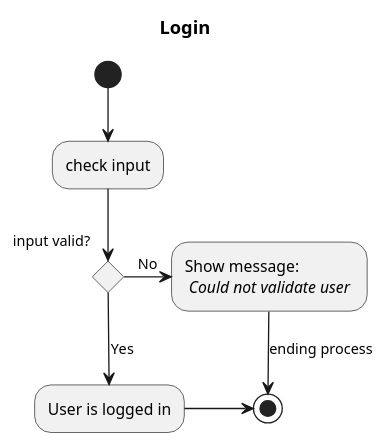
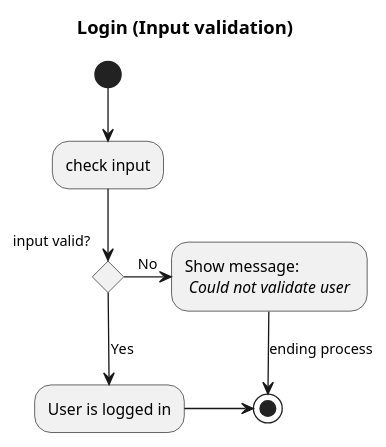
The diagram in OlskerCupcakes/UML/Activity_Login.puml (MivleDK/olskercupcake), drawn with PlantUML before and after one commit. The commit also changed 15 other files, not shown here.

Commit message:
basket quantity validering samt opdateringer til UML

```diff
--- a/OlskerCupcakes/UML/Activity_Login.puml
+++ b/OlskerCupcakes/UML/Activity_Login.puml
@@ -1,12 +1,12 @@
 @startuml
-title Login
+title Login (Input validation)
 (*)  --> "check input"
 If "input valid?" then
 --> [Yes] "User is logged in"
 -right-> [           ] (*)
 else
 -right-> [No]"Show message:\n //Could not validate user// "
 -->[ending process](*)
 Endif
 
 @enduml
```
